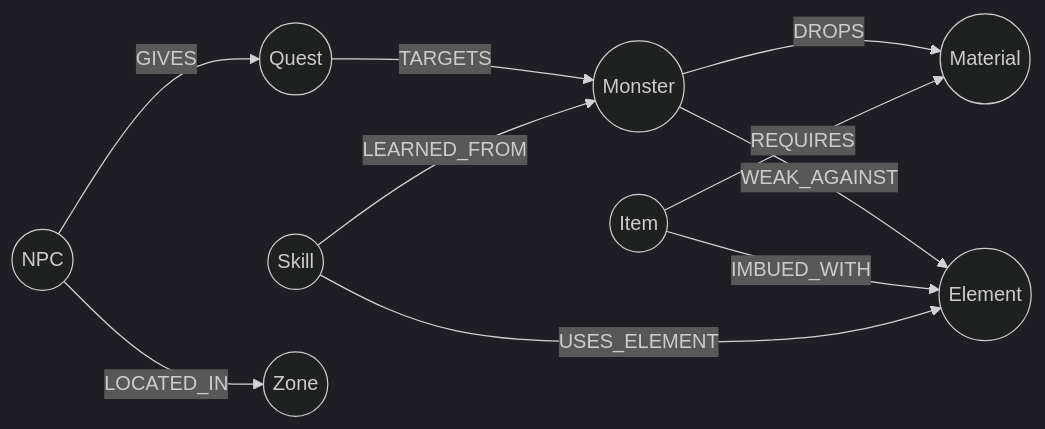
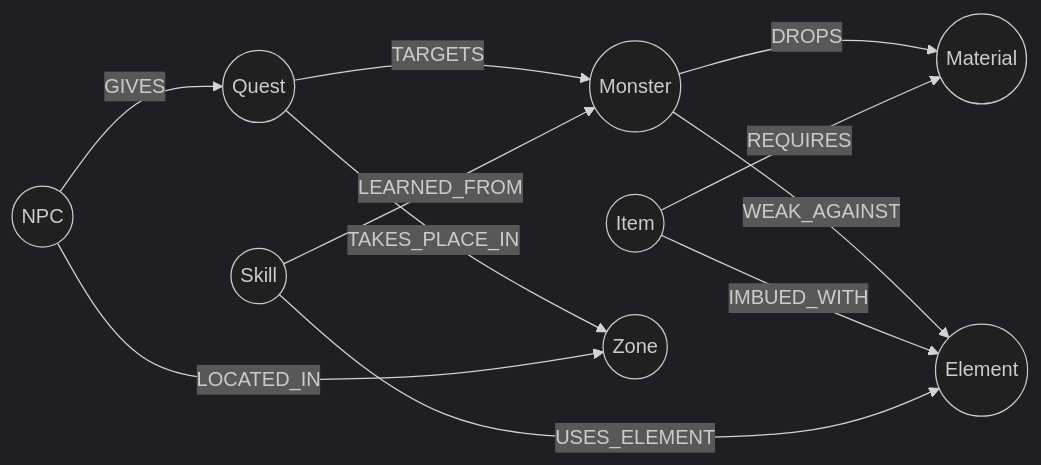
Before and after one commit to kurliko/RPG-graph-project: the third of 3 diagrams in README.md, drawn with Mermaid (dark theme).

Commit message:
docs(project): add TAKES_PLACE_IN relation to graph schema diagram

````diff
--- a/README.md
+++ b/README.md
@@ -196,23 +196,24 @@
 ```mermaid
 flowchart LR
     %% Węzły (Etykiety)
     Monster((Monster))
     Material((Material))
     Item((Item))
     NPC((NPC))
     Quest((Quest))
     Skill((Skill))
     Zone((Zone))
     Element((Element))
 
     %% Relacje
     Monster -->|DROPS| Material
     Monster -->|WEAK_AGAINST| Element
     Item -->|REQUIRES| Material
     Item -->|IMBUED_WITH| Element
     Quest -->|TARGETS| Monster
+    Quest -->|TAKES_PLACE_IN| Zone
     NPC -->|GIVES| Quest
     NPC -->|LOCATED_IN| Zone
     Skill -->|LEARNED_FROM| Monster
     Skill -->|USES_ELEMENT| Element
 ```
````
